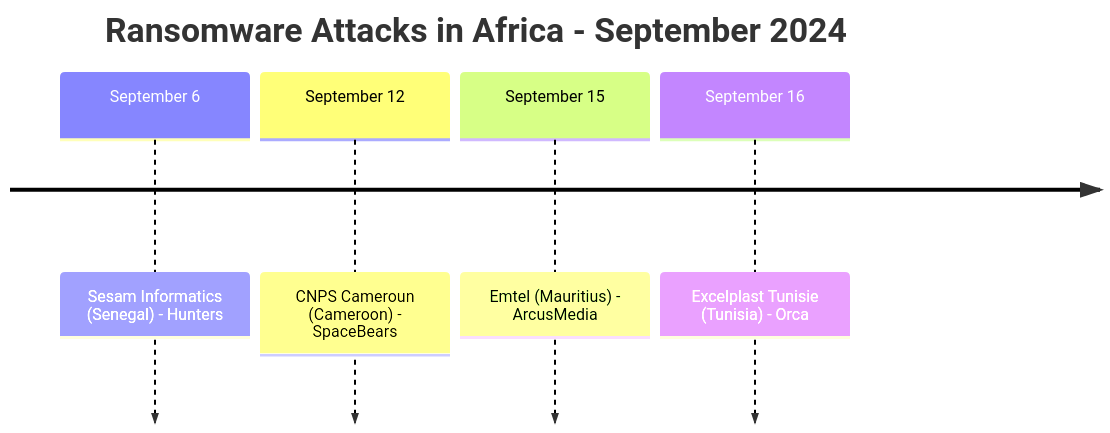
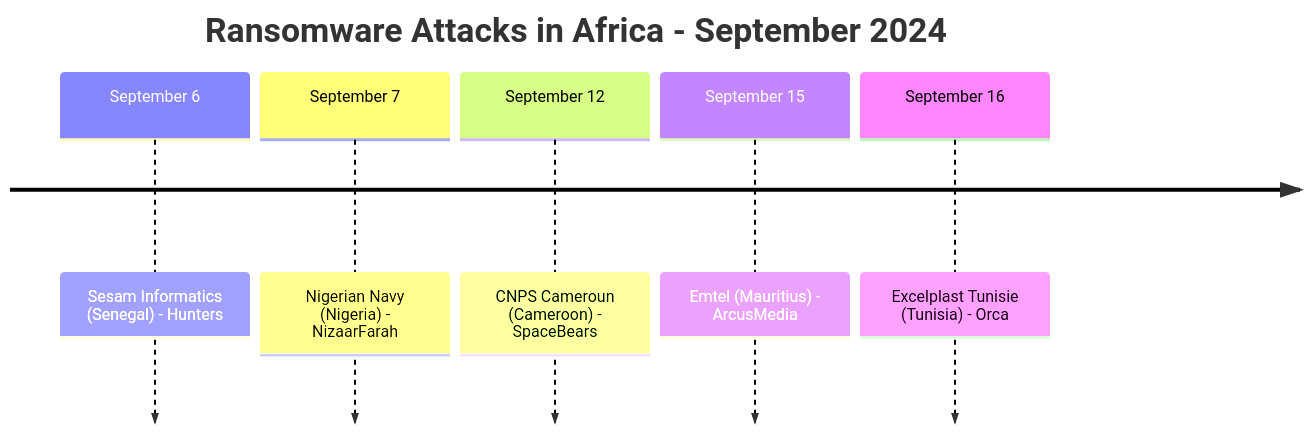
The first of 4 diagrams in CyberAttackAfrica/2024/09-september/README.md (Hatchepsoute/AFRINTEL), drawn with Mermaid before and after one commit. The commit also changed other lines of this file and 255 other files, not shown here.

````diff
--- a/CyberAttackAfrica/2024/09-september/README.md
+++ b/CyberAttackAfrica/2024/09-september/README.md
@@ -35,8 +36,9 @@
 ```mermaid
 timeline
     title Ransomware Attacks in Africa - September 2024
     September 6 : Sesam Informatics (Senegal) - Hunters
+    September 7 : Nigerian Navy (Nigeria) - NizaarFarah
     September 12 : CNPS Cameroun (Cameroon) - SpaceBears
     September 15 : Emtel (Mauritius) - ArcusMedia
     September 16 : Excelplast Tunisie (Tunisia) - Orca
 ```
````
